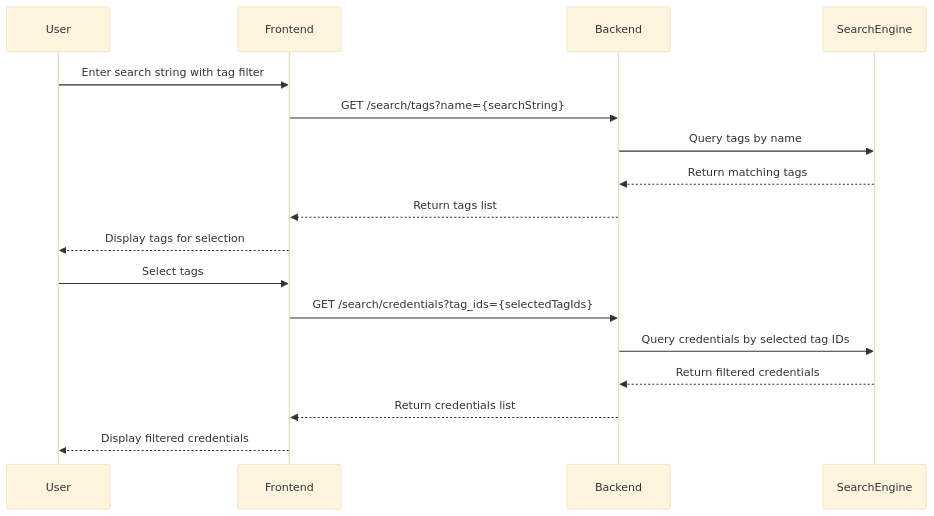
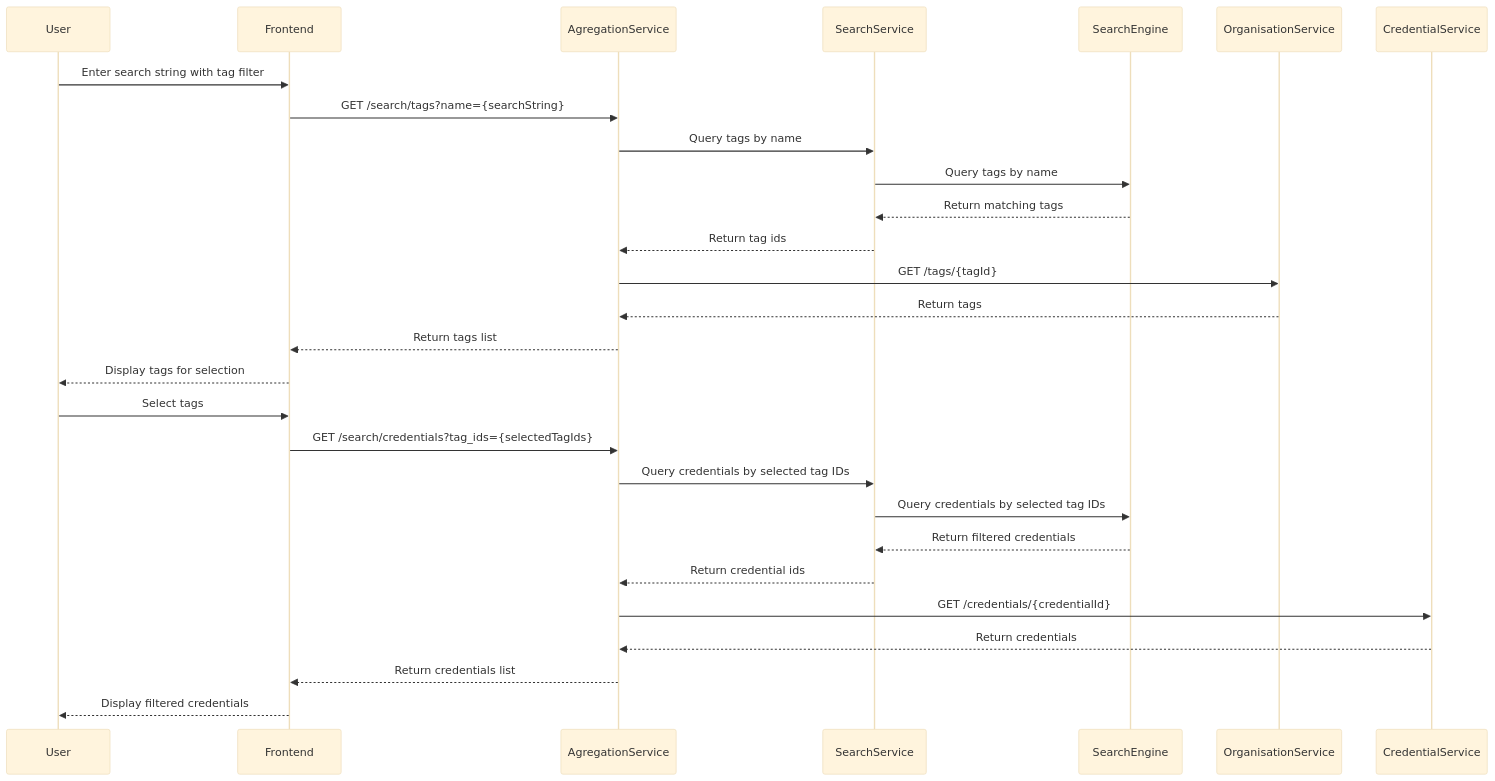
One commit to DO-2K23-26/polypass-archi-technique changed the fifth of 5 diagrams in src/drafts/search.adoc. Above: the diagram before and after it, drawn with Mermaid (base theme). The commit also changed other lines of this file, not shown here.

First line of the commit message:
Docs/search api (#13)

```diff
--- a/src/drafts/search.adoc
+++ b/src/drafts/search.adoc
@@ -366,21 +432,32 @@
 [mermaid]
 ----
 sequenceDiagram
     participant User
     participant Frontend
-    participant Backend
+    participant AgregationService
+    participant SearchService
     participant SearchEngine
+    participant OrganisationService
+    participant CredentialService
 
     User->>Frontend: Enter search string with tag filter
-    Frontend->>Backend: GET /search/tags?name={searchString}
-    Backend->>SearchEngine: Query tags by name
-    SearchEngine-->>Backend: Return matching tags
-    Backend-->>Frontend: Return tags list
+    Frontend->>AgregationService: GET /search/tags?name={searchString}
+    AgregationService->>SearchService: Query tags by name
+    SearchService->>SearchEngine: Query tags by name
+    SearchEngine-->>SearchService: Return matching tags
+    SearchService-->>AgregationService: Return tag ids
+    AgregationService->>OrganisationService: GET /tags/{tagId}
+    OrganisationService-->>AgregationService: Return tags
+    AgregationService-->>Frontend: Return tags list
     Frontend-->>User: Display tags for selection
     User->>Frontend: Select tags
-    Frontend->>Backend: GET /search/credentials?tag_ids={selectedTagIds}
-    Backend->>SearchEngine: Query credentials by selected tag IDs
-    SearchEngine-->>Backend: Return filtered credentials
-    Backend-->>Frontend: Return credentials list
+    Frontend->>AgregationService: GET /search/credentials?tag_ids={selectedTagIds}
+    AgregationService->>SearchService: Query credentials by selected tag IDs
+    SearchService->>SearchEngine: Query credentials by selected tag IDs
+    SearchEngine-->>SearchService: Return filtered credentials
+    SearchService-->>AgregationService: Return credential ids
+    AgregationService->>CredentialService: GET /credentials/{credentialId}
+    CredentialService-->>AgregationService: Return credentials
+    AgregationService-->>Frontend: Return credentials list
     Frontend-->>User: Display filtered credentials
 ----
```
